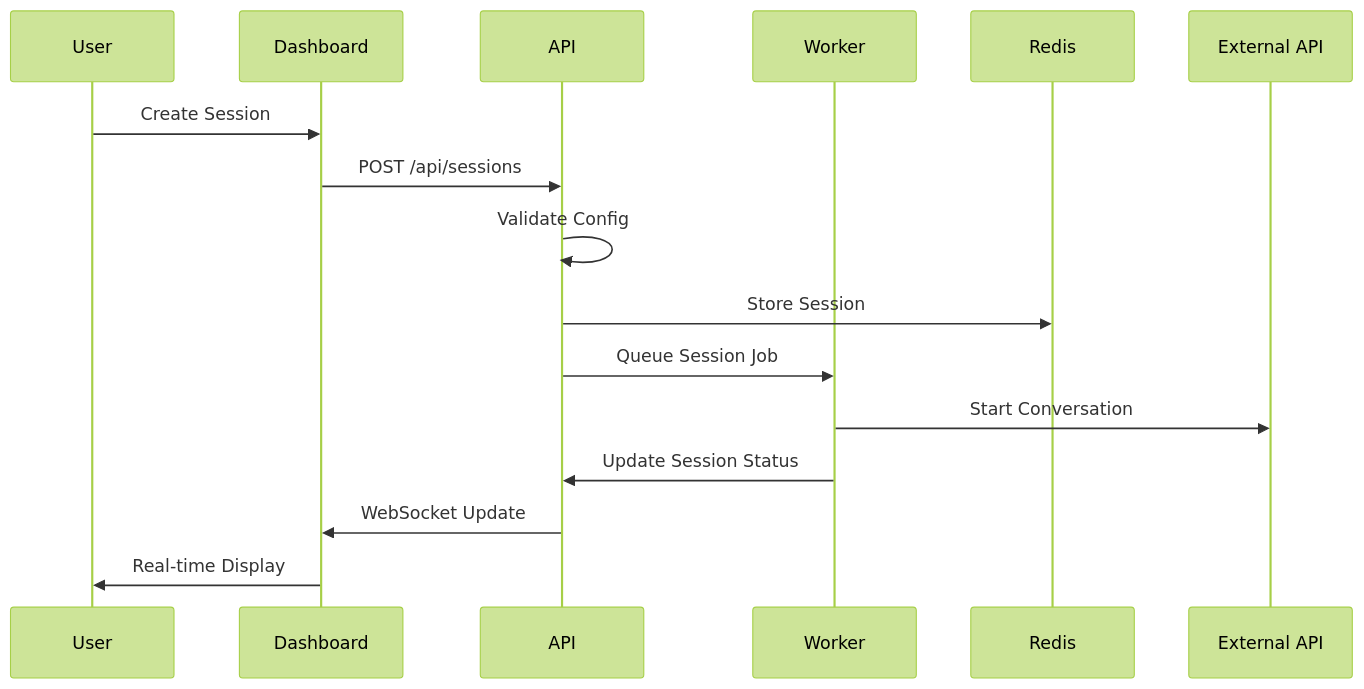
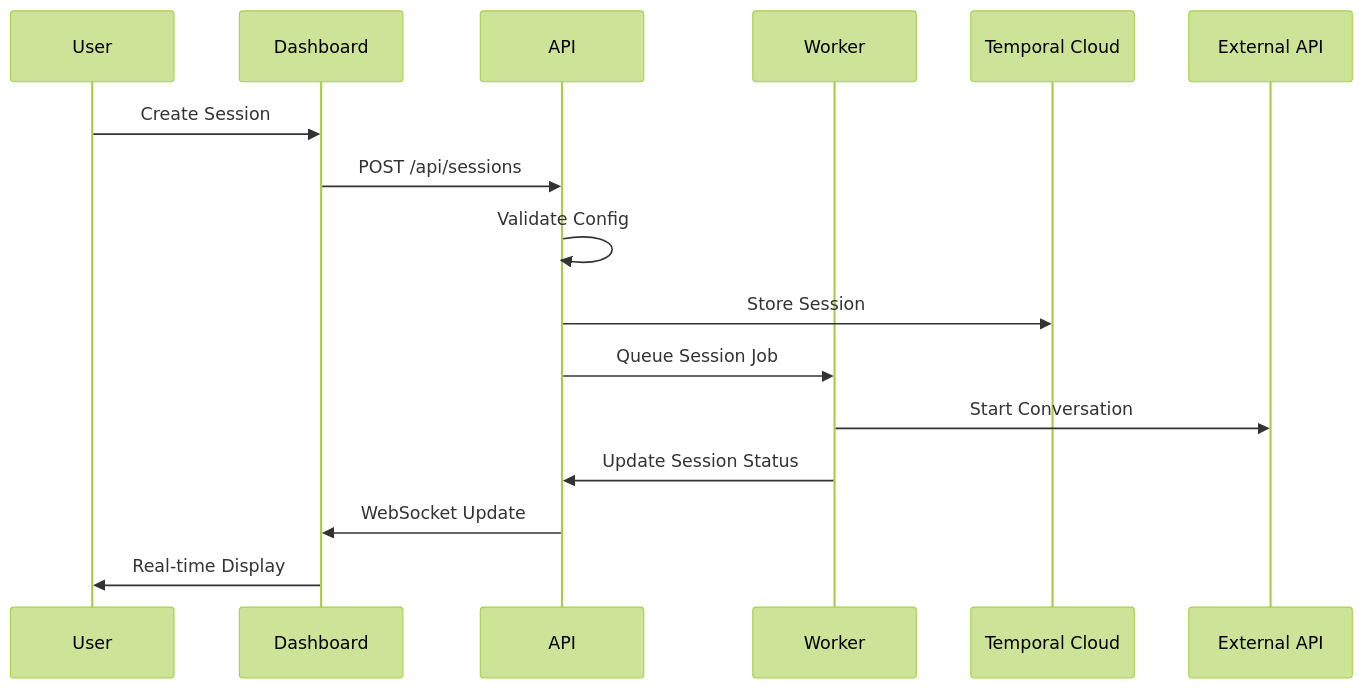
Before and after one commit to mimic-ai-lab/mimic: the second of 3 diagrams in docs/architecture.md, drawn with Mermaid (forest theme). The commit also changed other lines of this file and 22 other files, not shown here.

````diff
--- a/docs/architecture.md
+++ b/docs/architecture.md
@@ -182,19 +301,19 @@
 ```mermaid
 sequenceDiagram
     participant U as User
     participant D as Dashboard
     participant A as API
     participant W as Worker
-    participant R as Redis
+    participant T as Temporal Cloud
     participant E as External API
 
     U->>D: Create Session
     D->>A: POST /api/sessions
     A->>A: Validate Config
-    A->>R: Store Session
+    A->>T: Store Session
     A->>W: Queue Session Job
     W->>E: Start Conversation
     W->>A: Update Session Status
     A->>D: WebSocket Update
     D->>U: Real-time Display
 ```
````
